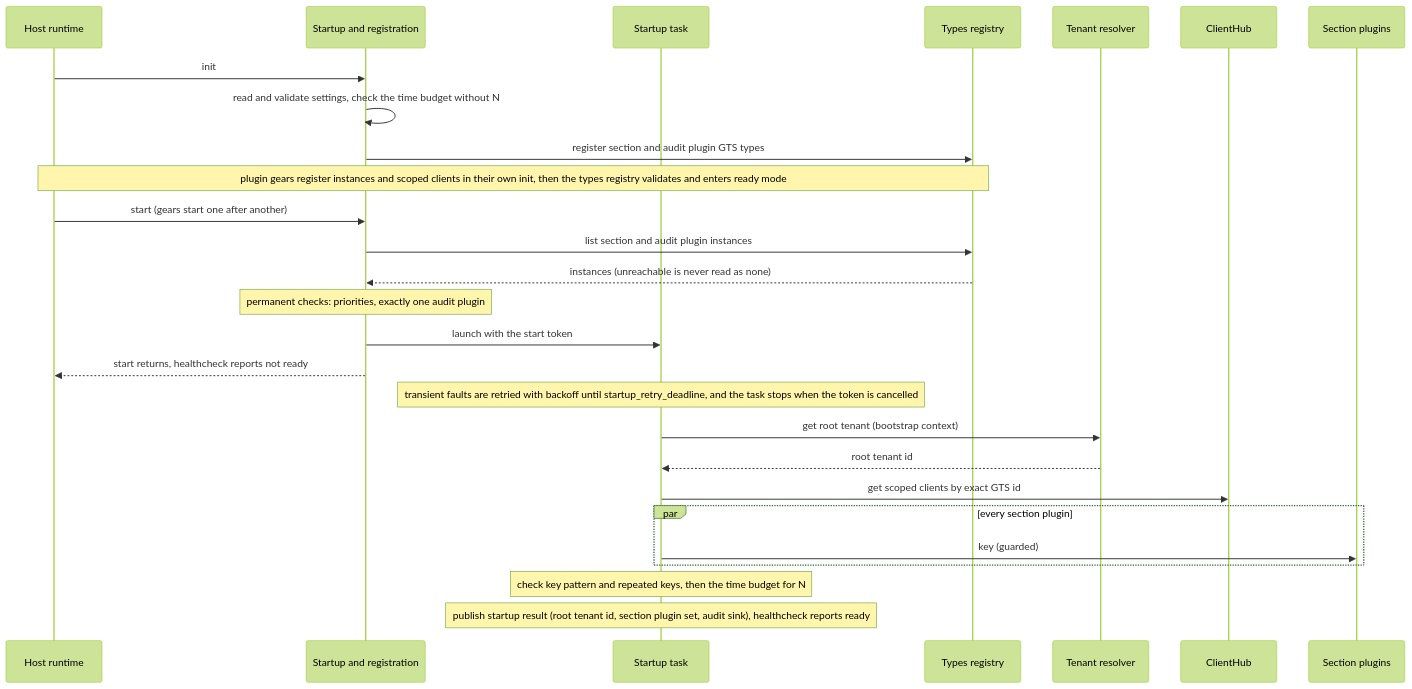
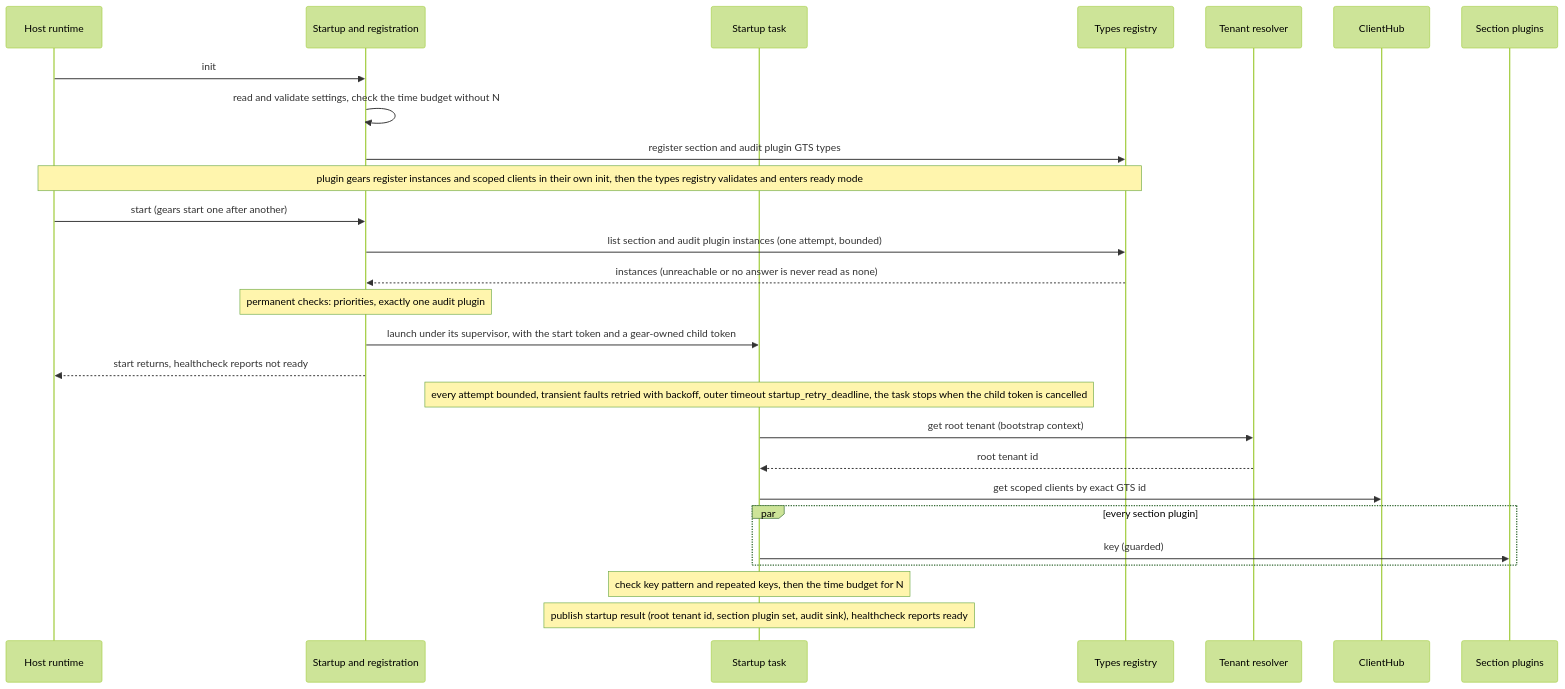
Before and after one commit to constructorfabric/gears-rust: the third of 9 diagrams in gears/system/application-manager/docs/DESIGN.md, drawn with Mermaid (forest theme). The commit also changed other lines of this file and 1 other file, not shown here.

Commit message:
docs(application-manager): rework DESIGN; add startup retry to PRD

````diff
--- a/gears/system/application-manager/docs/DESIGN.md
+++ b/gears/system/application-manager/docs/DESIGN.md
@@ -922,29 +962,29 @@
 ```mermaid
 sequenceDiagram
     participant RT as Host runtime
     participant ST as Startup and registration
     participant TK as Startup task
     participant TY as Types registry
     participant TN as Tenant resolver
     participant HUB as ClientHub
     participant SP as Section plugins
     RT ->> ST: init
     ST ->> ST: read and validate settings, check the time budget without N
     ST ->> TY: register section and audit plugin GTS types
     Note over RT,TY: plugin gears register instances and scoped clients in their own init, then the types registry validates and enters ready mode
     RT ->> ST: start (gears start one after another)
-    ST ->> TY: list section and audit plugin instances
-    TY -->> ST: instances (unreachable is never read as none)
+    ST ->> TY: list section and audit plugin instances (one attempt, bounded)
+    TY -->> ST: instances (unreachable or no answer is never read as none)
     Note over ST: permanent checks: priorities, exactly one audit plugin
-    ST ->> TK: launch with the start token
+    ST ->> TK: launch under its supervisor, with the start token and a gear-owned child token
     ST -->> RT: start returns, healthcheck reports not ready
-    Note over TK: transient faults are retried with backoff until startup_retry_deadline, and the task stops when the token is cancelled
+    Note over TK: every attempt bounded, transient faults retried with backoff, outer timeout startup_retry_deadline, the task stops when the child token is cancelled
     TK ->> TN: get root tenant (bootstrap context)
     TN -->> TK: root tenant id
     TK ->> HUB: get scoped clients by exact GTS id
     par every section plugin
         TK ->> SP: key (guarded)
     end
     Note over TK: check key pattern and repeated keys, then the time budget for N
     Note over TK: publish startup result (root tenant id, section plugin set, audit sink), healthcheck reports ready
 ```
````
